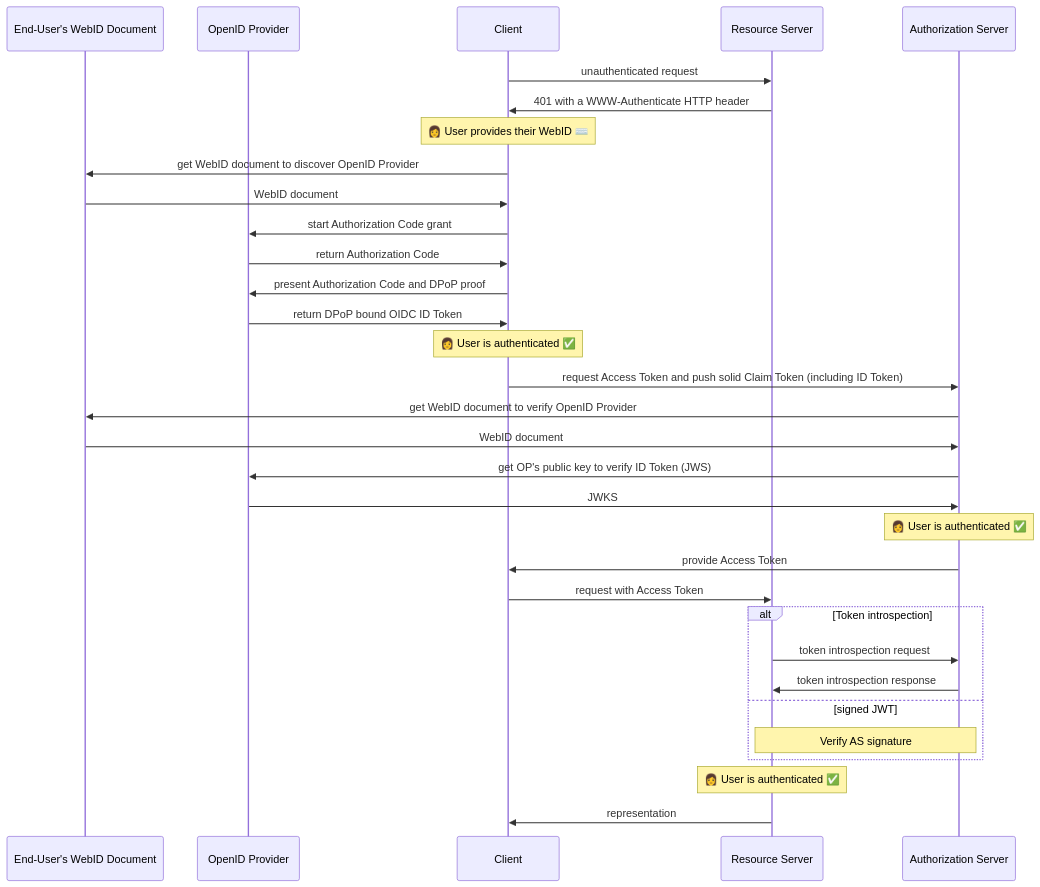
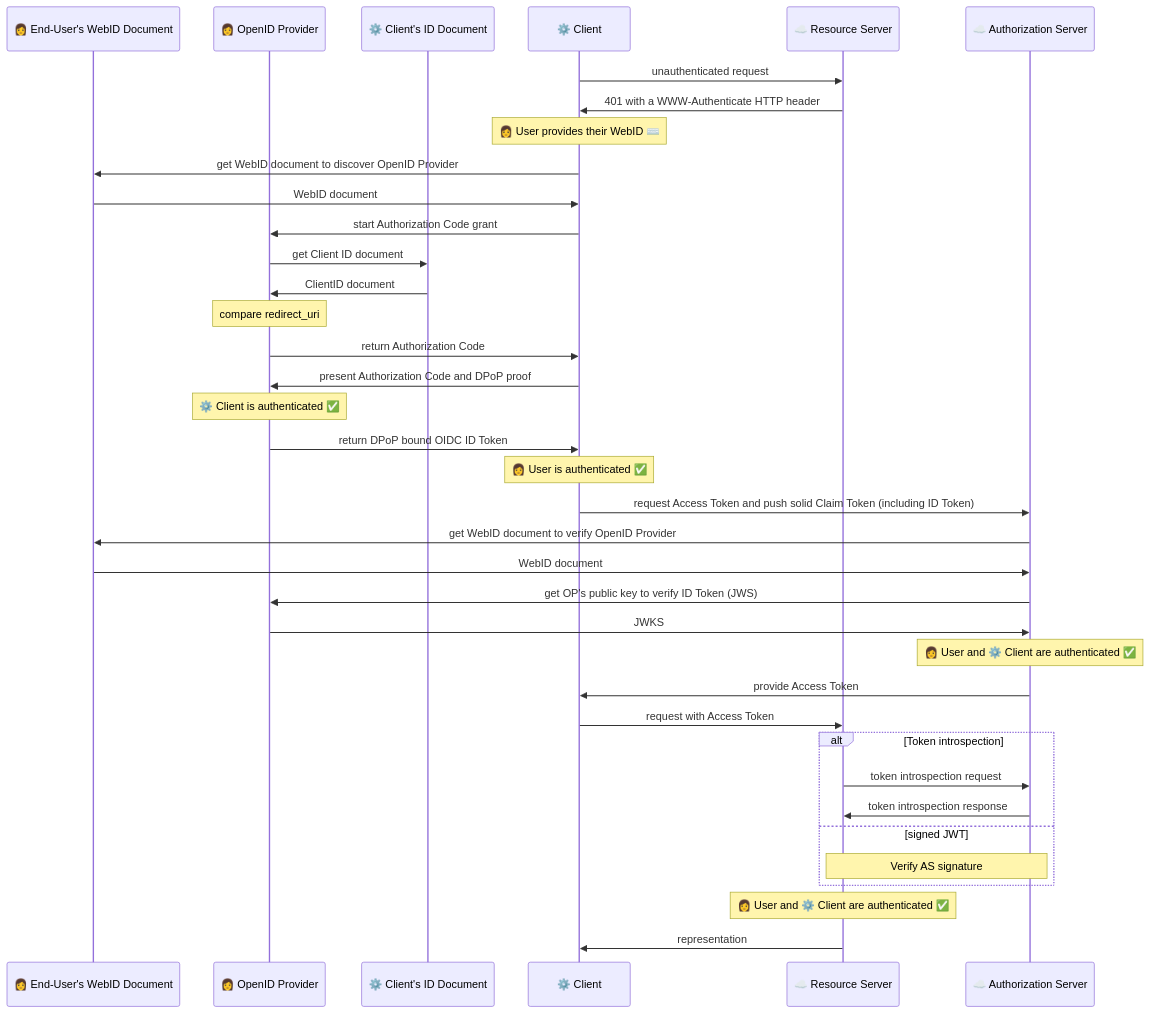
One commit to solid/solid-oidc changed the diagram in sequence.mmd. Above: the diagram before and after it, drawn with Mermaid.

Commit message:
added Client ID Document to sequence diagram

```diff
--- a/sequence.mmd
+++ b/sequence.mmd
@@ -1,32 +1,37 @@
 sequenceDiagram
-  participant WebID as End-User's WebID Document
-  participant OP as OpenID Provider
-  participant C as Client
-  participant RS as Resource Server
-  participant AS as Authorization Server
+  participant WebID as 👩 End-User's WebID Document
+  participant OP as 👩 OpenID Provider
+  participant ClientID as ⚙️ Client's ID Document
+  participant C as ⚙️ Client
+  participant RS as ☁️ Resource Server
+  participant AS as ☁️ Authorization Server
   C ->> RS: unauthenticated request
   RS ->> C: 401 with a WWW-Authenticate HTTP header
   Note over C: 👩 User provides their WebID ⌨️
   C ->> WebID: get WebID document to discover OpenID Provider
   WebID ->> C: WebID document
   C ->> OP: start Authorization Code grant
+  OP->> ClientID: get Client ID document
+  ClientID->> OP: ClientID document
+  Note over OP: compare redirect_uri
   OP ->> C: return Authorization Code
   C ->> OP: present Authorization Code and DPoP proof
+  Note over OP:  ⚙️ Client is authenticated ✅
   OP ->> C: return DPoP bound OIDC ID Token
   Note over C: 👩 User is authenticated ✅
   C ->> AS: request Access Token and push solid Claim Token (including ID Token)
   AS ->> WebID: get WebID document to verify OpenID Provider
   WebID ->> AS: WebID document
   AS ->> OP: get OP's public key to verify ID Token (JWS)
   OP ->> AS: JWKS
-  Note over AS: 👩 User is authenticated ✅
+  Note over AS: 👩 User and ⚙️ Client are authenticated ✅
   AS ->> C: provide Access Token
   C ->> RS: request with Access Token
   alt Token introspection
   RS ->> AS: token introspection request
   AS ->> RS: token introspection response
   else signed JWT
     Note over RS, AS: Verify AS signature
   end
-  Note over RS: 👩 User is authenticated ✅
+  Note over RS: 👩 User and ⚙️ Client are authenticated ✅
   RS ->> C: representation
```
